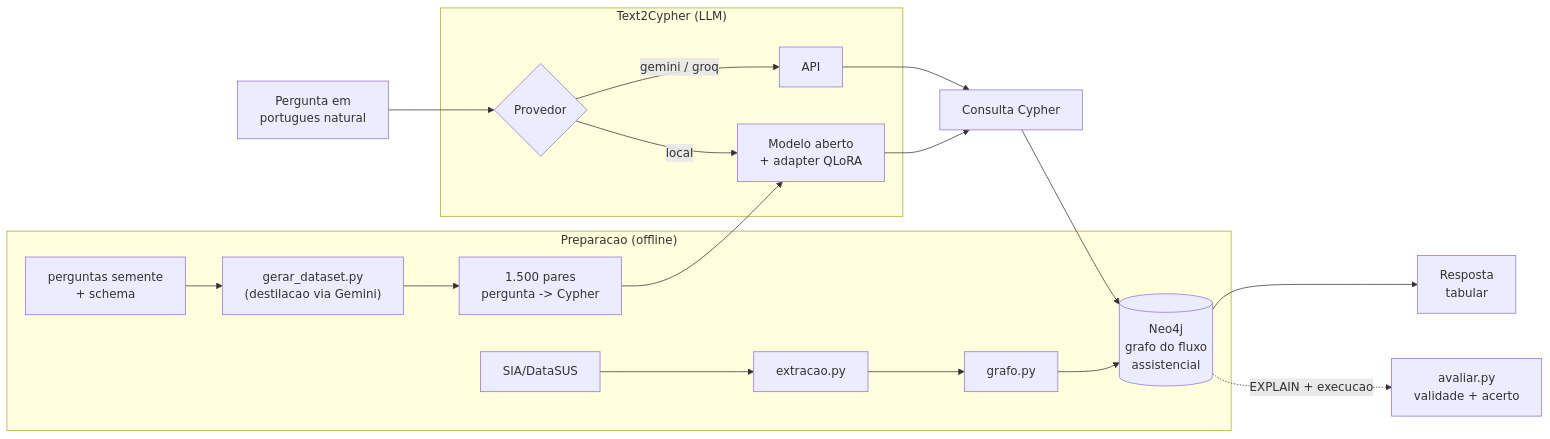
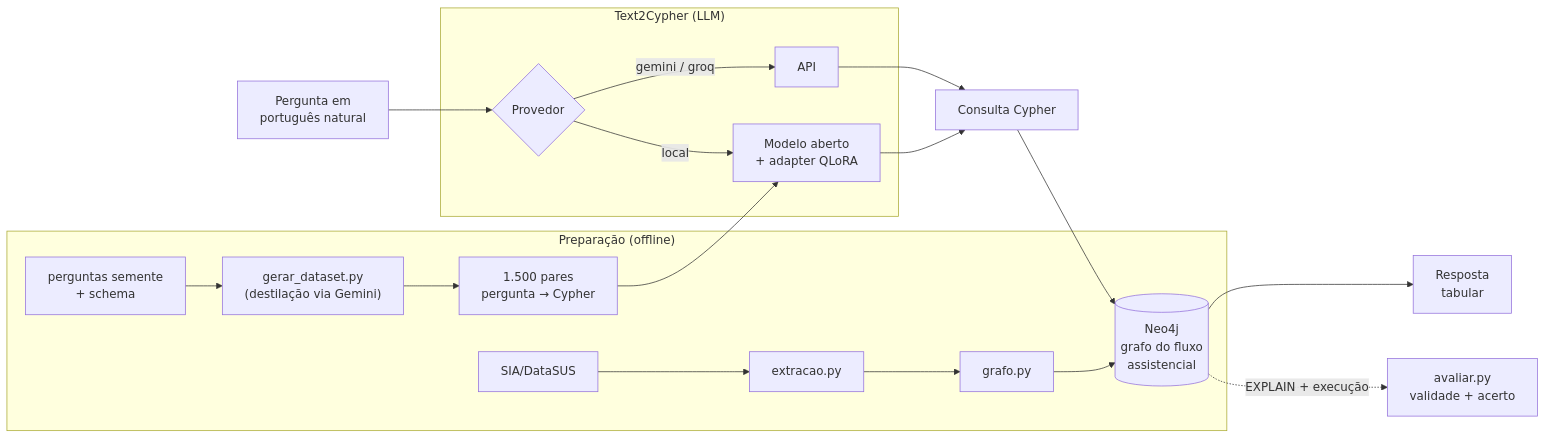
The diagram in README.md (isasaade-23/regionalizacao-sus-graphrag), drawn with Mermaid before and after one commit. The commit also changed other lines of this file, not shown here.

````diff
--- a/README.md
+++ b/README.md
@@ -23,22 +18,22 @@
 ```mermaid
 flowchart LR
-    P["Pergunta em<br/>portugues natural"] --> G
+    P["Pergunta em<br/>português natural"] --> G
 
     subgraph Traducao["Text2Cypher (LLM)"]
         G{"Provedor"}
         G -->|gemini / groq| A["API"]
         G -->|local| Q["Modelo aberto<br/>+ adapter QLoRA"]
     end
 
     A --> C["Consulta Cypher"]
     Q --> C
     C --> N[("Neo4j<br/>grafo do fluxo<br/>assistencial")]
     N --> R["Resposta<br/>tabular"]
 
-    subgraph Offline["Preparacao (offline)"]
+    subgraph Offline["Preparação (offline)"]
         D["SIA/DataSUS"] --> E["extracao.py"] --> Grafo["grafo.py"] --> N
-        Sem["perguntas semente<br/>+ schema"] --> GD["gerar_dataset.py<br/>(destilacao via Gemini)"] --> DS["1.500 pares<br/>pergunta -> Cypher"] --> Q
+        Sem["perguntas semente<br/>+ schema"] --> GD["gerar_dataset.py<br/>(destilação via Gemini)"] --> DS["1.500 pares<br/>pergunta → Cypher"] --> Q
     end
 
-    N -. "EXPLAIN + execucao" .-> AV["avaliar.py<br/>validade + acerto"]
+    N -. "EXPLAIN + execução" .-> AV["avaliar.py<br/>validade + acerto"]
 ```
````
